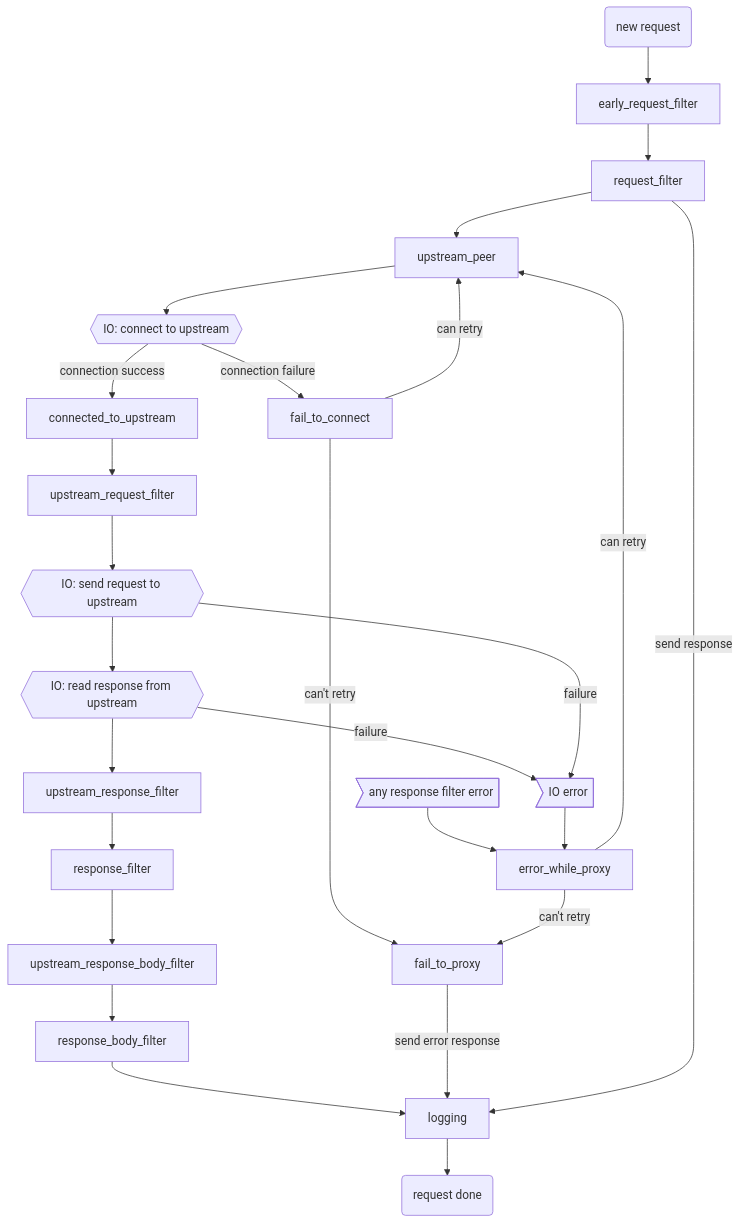
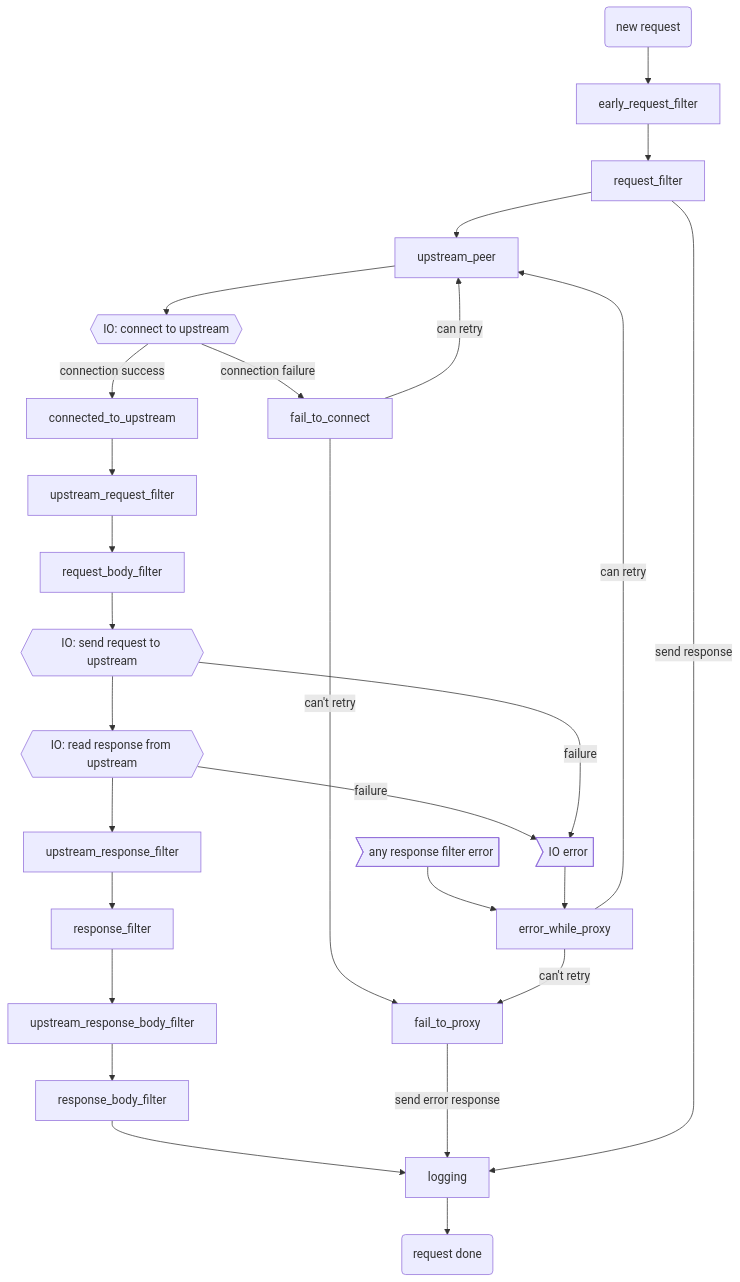
The diagram in docs/user_guide/phase.md (khulnasoft/bongonet), drawn with Mermaid before and after one commit. The commit also changed other lines of this file and 136 other files, not shown here.

````diff
--- a/docs/user_guide/phase.md
+++ b/docs/user_guide/phase.md
@@ -21,30 +17,31 @@
 ```mermaid
  graph TD;
     start("new request")-->early_request_filter;
     early_request_filter-->request_filter;
     request_filter-->upstream_peer;
 
     upstream_peer-->Connect{{IO: connect to upstream}};
 
     Connect--connection success-->connected_to_upstream;
     Connect--connection failure-->fail_to_connect;
 
     connected_to_upstream-->upstream_request_filter;
-    upstream_request_filter --> SendReq{{IO: send request to upstream}};
+    upstream_request_filter --> request_body_filter;
+    request_body_filter --> SendReq{{IO: send request to upstream}};
     SendReq-->RecvResp{{IO: read response from upstream}};
     RecvResp-->upstream_response_filter-->response_filter-->upstream_response_body_filter-->response_body_filter-->logging-->endreq("request done");
 
     fail_to_connect --can retry-->upstream_peer;
     fail_to_connect --can't retry-->fail_to_proxy--send error response-->logging;
 
     RecvResp--failure-->IOFailure;
     SendReq--failure-->IOFailure;
     error_while_proxy--can retry-->upstream_peer;
     error_while_proxy--can't retry-->fail_to_proxy;
 
     request_filter --send response-->logging
 
 
     Error>any response filter error]-->error_while_proxy
     IOFailure>IO error]-->error_while_proxy
 ```
````
